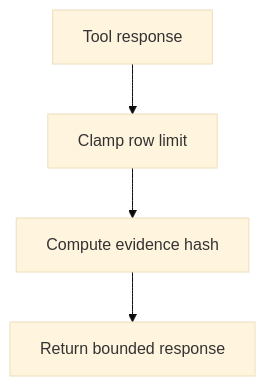
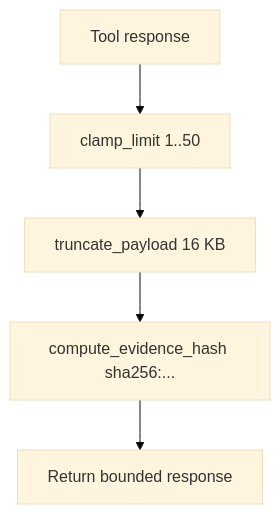
The third of 6 diagrams in README.md (JMartynov/verityredteam-free), drawn with Mermaid (base theme) before and after one commit. The commit also changed other lines of this file and 3 other files, not shown here.

````diff
--- a/README.md
+++ b/README.md
@@ -736,6 +754,7 @@
 ```mermaid
 flowchart TD
-    REQ[Tool response] --> LIMIT[Clamp row limit]
-    LIMIT --> HASH[Compute evidence hash]
+    REQ[Tool response] --> LIMIT[clamp_limit 1..50]
+    LIMIT --> TRUNC[truncate_payload 16 KB]
+    TRUNC --> HASH[compute_evidence_hash sha256:...]
     HASH --> OUT[Return bounded response]
 ```
````
